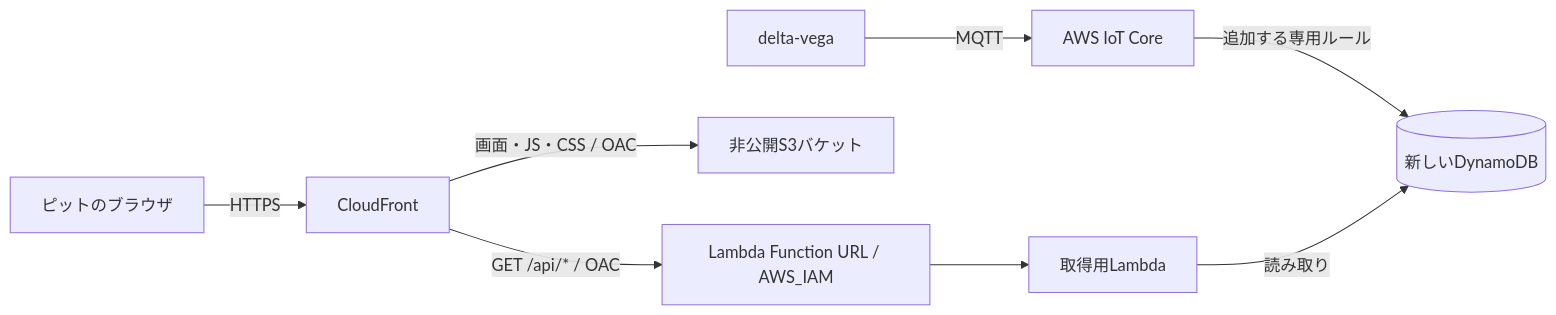
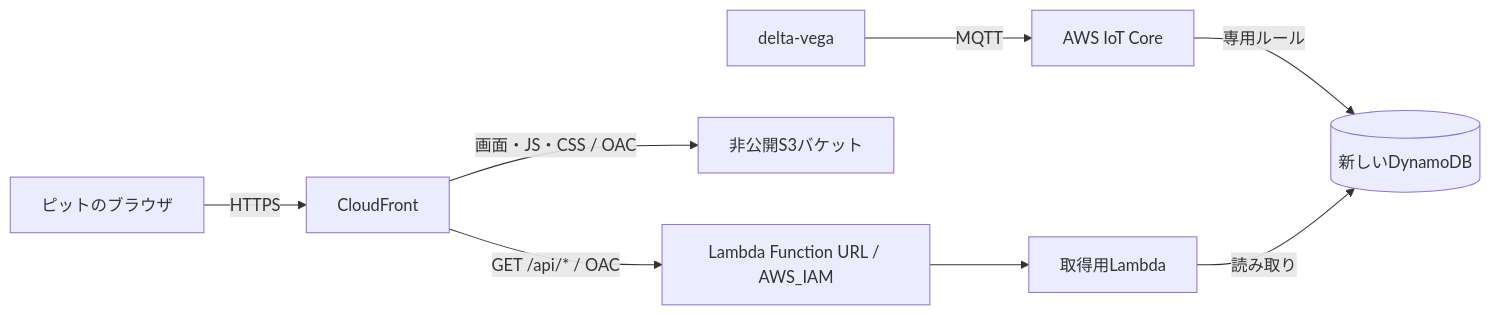
The diagram in README.md (Siroyan/delta-deneb), drawn with Mermaid before and after one commit. The commit also changed other lines of this file and 17 other files, not shown here.

````diff
--- a/README.md
+++ b/README.md
@@ -100,10 +117,10 @@
 ```mermaid
 flowchart LR
     Vega[delta-vega] -->|MQTT| IoT[AWS IoT Core]
-    IoT -->|追加する専用ルール| DB[(新しいDynamoDB)]
+    IoT -->|専用ルール| DB[(新しいDynamoDB)]
     Pit[ピットのブラウザ] -->|HTTPS| CF[CloudFront]
     CF -->|画面・JS・CSS / OAC| S3[非公開S3バケット]
     CF -->|GET /api/* / OAC| URL[Lambda Function URL / AWS_IAM]
     URL --> API[取得用Lambda]
     API -->|読み取り| DB
 ```
````
